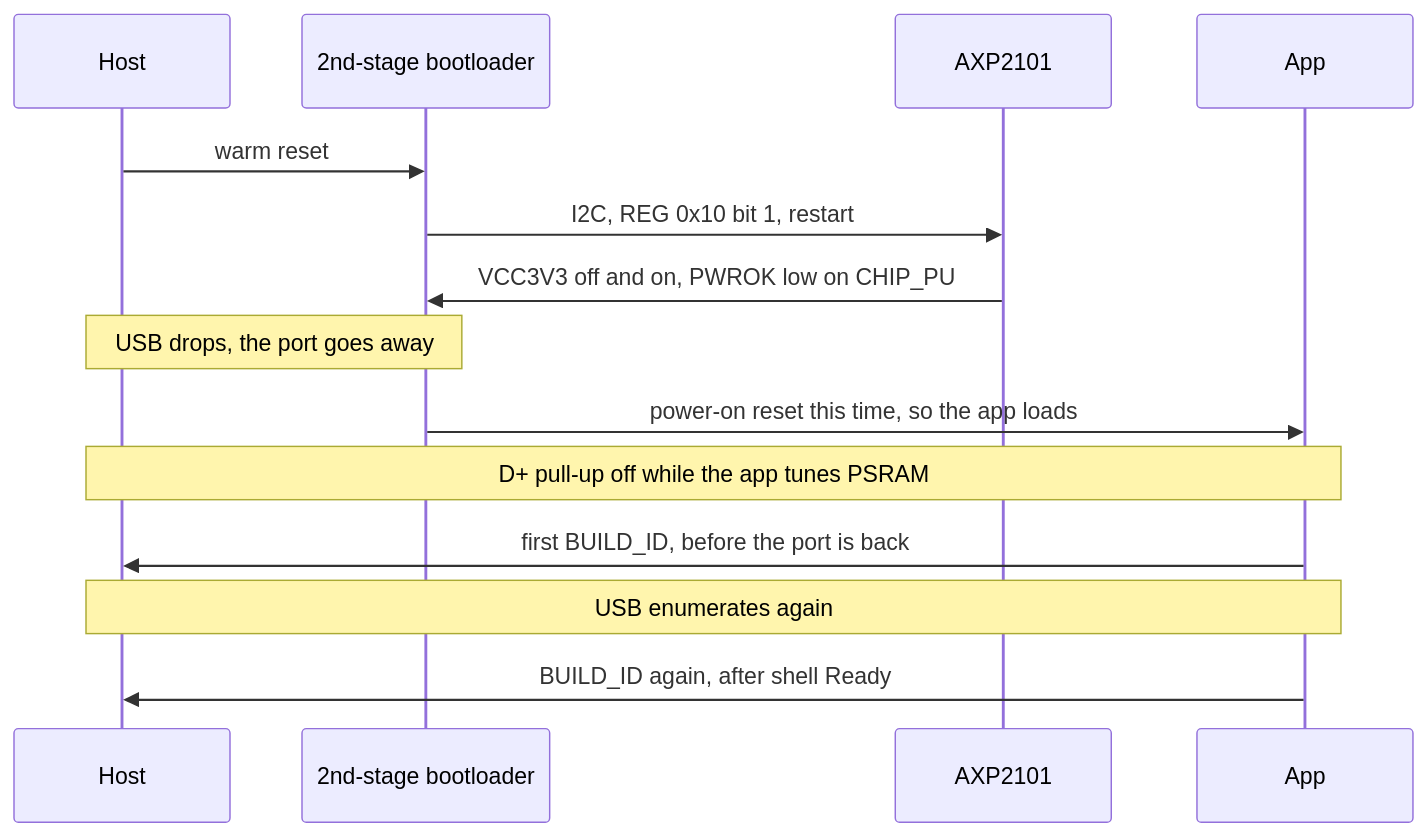
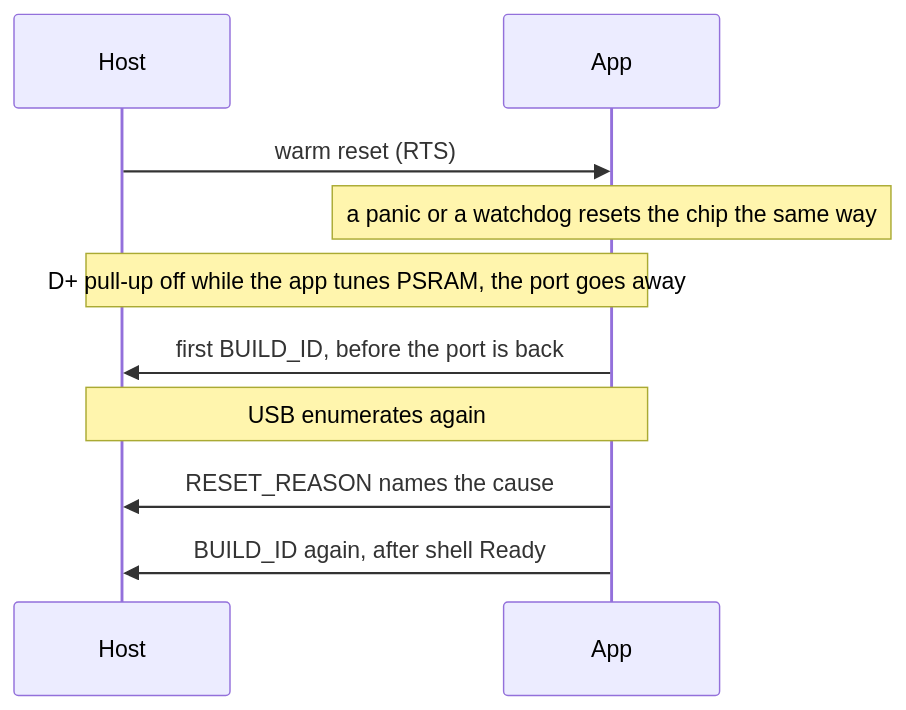
One commit to jose-villegas/autana changed the diagram in docs/notes/Flashing-and-Toolchain.md. Above: the diagram before and after it, drawn with Mermaid. The commit also changed other lines of this file and 28 other files, not shown here.

First line of the commit message:
boot: retire the bootloader's PMIC cold restart; warm resets keep their reason (krqr) (#1108)

````diff
--- a/docs/notes/Flashing-and-Toolchain.md
+++ b/docs/notes/Flashing-and-Toolchain.md
@@ -70,16 +67,12 @@
 ```mermaid
 sequenceDiagram
     participant Host
-    participant Boot as 2nd-stage bootloader
-    participant PMIC as AXP2101
     participant App
-    Host->>Boot: warm reset
-    Boot->>PMIC: I2C, REG 0x10 bit 1, restart
-    PMIC->>Boot: VCC3V3 off and on, PWROK low on CHIP_PU
-    Note over Host,Boot: USB drops, the port goes away
-    Boot->>App: power-on reset this time, so the app loads
-    Note over Host,App: D+ pull-up off while the app tunes PSRAM
+    Host->>App: warm reset (RTS)
+    Note over App: a panic or a watchdog resets the chip the same way
+    Note over Host,App: D+ pull-up off while the app tunes PSRAM, the port goes away
     App->>Host: first BUILD_ID, before the port is back
     Note over Host,App: USB enumerates again
+    App->>Host: RESET_REASON names the cause
     App->>Host: BUILD_ID again, after shell Ready
 ```
````
